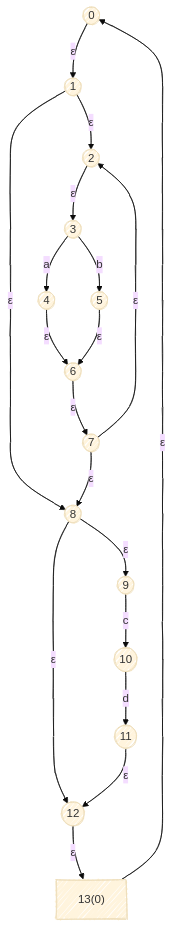
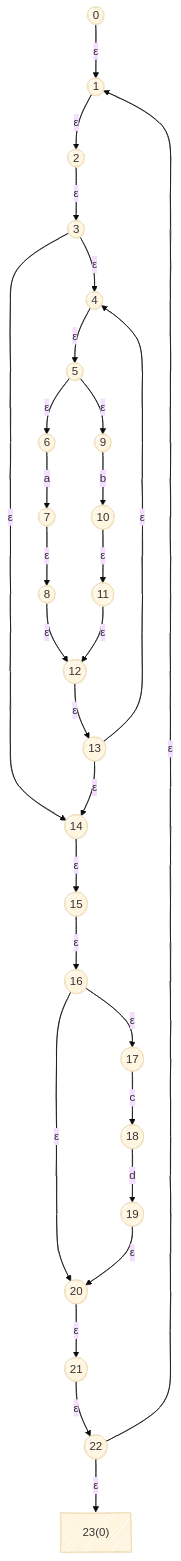
One commit to moonbitlang/moonlex-old changed the diagram in src/lib/tests/__snapshot__/nfa_simple_regex.md. Above: the diagram before and after it, drawn with Mermaid (base theme). The commit also changed 16 other files, not shown here.

````diff
--- a/src/lib/tests/__snapshot__/nfa_simple_regex.md
+++ b/src/lib/tests/__snapshot__/nfa_simple_regex.md
@@ -1,39 +1,59 @@
 ```mermaid
 ---
   config:
     look: handDrawn
 ---
 graph TD
 0-->|"ε"|1
 1-->|"ε"|2
-1-->|"ε"|8
 2-->|"ε"|3
-3-->|"a"|4
-3-->|"b"|5
-4-->|"ε"|6
+3-->|"ε"|4
+3-->|"ε"|14
+4-->|"ε"|5
 5-->|"ε"|6
-6-->|"ε"|7
-7-->|"ε"|2
+5-->|"ε"|9
+6-->|"a"|7
 7-->|"ε"|8
-8-->|"ε"|9
 8-->|"ε"|12
-9-->|"c"|10
-10-->|"d"|11
+9-->|"b"|10
+10-->|"ε"|11
 11-->|"ε"|12
 12-->|"ε"|13
-13-->|"ε"|0
+13-->|"ε"|4
+13-->|"ε"|14
+14-->|"ε"|15
+15-->|"ε"|16
+16-->|"ε"|17
+16-->|"ε"|20
+17-->|"c"|18
+18-->|"d"|19
+19-->|"ε"|20
+20-->|"ε"|21
+21-->|"ε"|22
+22-->|"ε"|1
+22-->|"ε"|23
 0((0))
 1((1))
 2((2))
 3((3))
 4((4))
 5((5))
 6((6))
 7((7))
 8((8))
 9((9))
 10((10))
 11((11))
 12((12))
-13["13(0)"]
+13((13))
+14((14))
+15((15))
+16((16))
+17((17))
+18((18))
+19((19))
+20((20))
+21((21))
+22((22))
+23["23(0)"]
 ```
````
